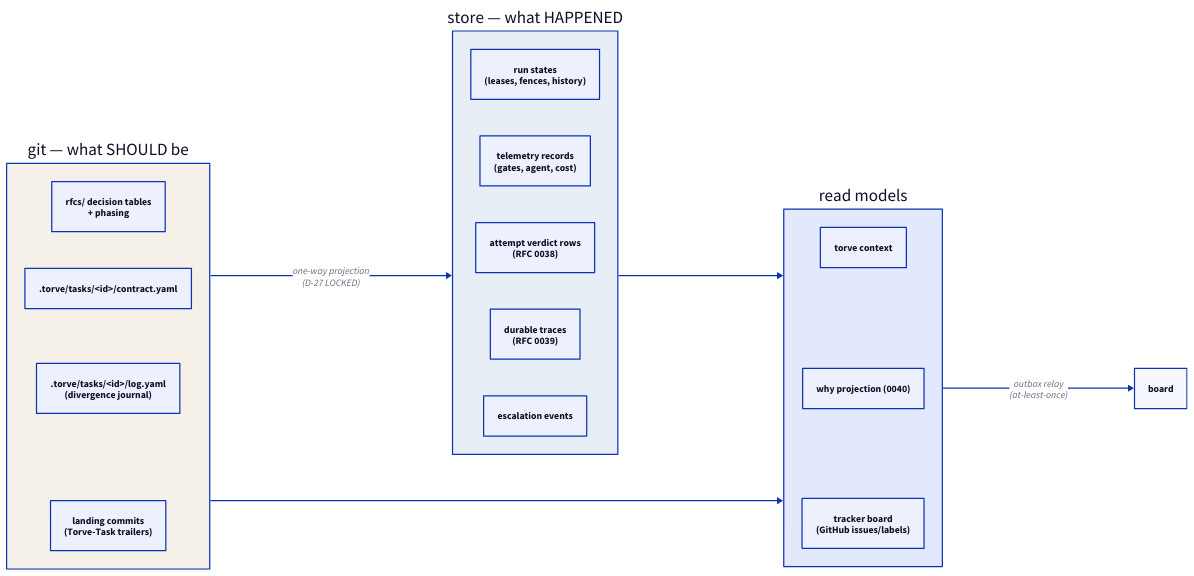
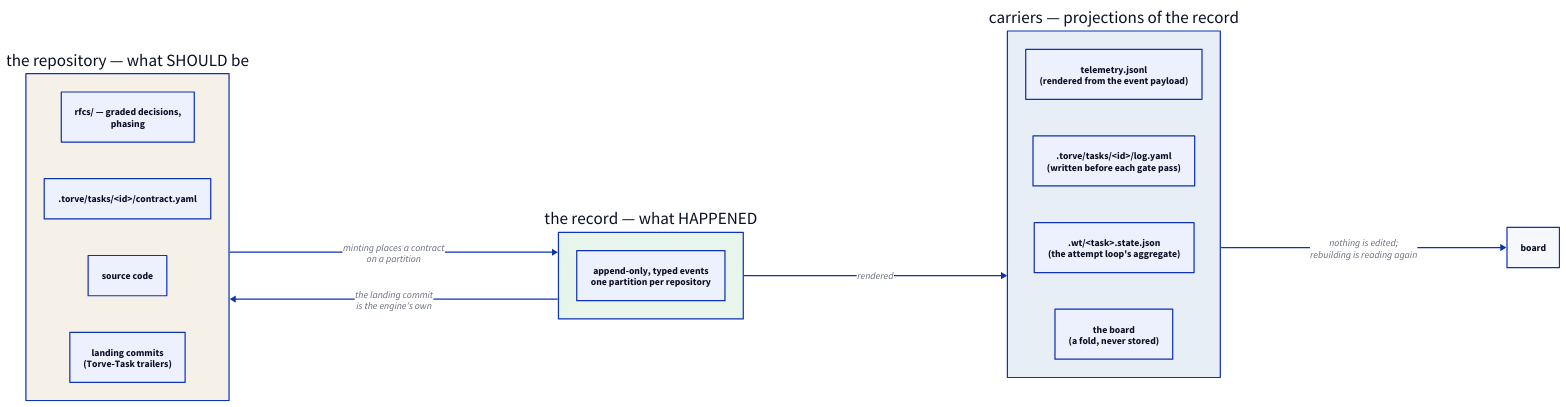
One commit to morzecrew/torve changed the diagram in pages/diagrams/state.d2. Above: the diagram before and after it, drawn with D2. The commit also changed 16 other files, not shown here.

```diff
--- a/pages/diagrams/state.d2
+++ b/pages/diagrams/state.d2
@@ -1,29 +1,27 @@
 direction: right
 
-git: "git — what SHOULD be" {
+repo: "the repository — what SHOULD be" {
   style.fill: "#f5f0e8"
-  rfcs: "rfcs/ decision tables\n+ phasing"
+  rfcs: "rfcs/ — graded decisions,\nphasing"
   contracts: ".torve/tasks/<id>/contract.yaml"
-  logs: ".torve/tasks/<id>/log.yaml\n(divergence journal)"
+  source: "source code"
   landings: "landing commits\n(Torve-Task trailers)"
 }
 
-store: "store — what HAPPENED" {
-  style.fill: "#e8eef5"
-  runs: "run states\n(leases, fences, history)"
-  telemetry: "telemetry records\n(gates, agent, cost)"
-  verdicts: "attempt verdict rows\n(RFC 0038)"
-  traces: "durable traces\n(RFC 0039)"
-  events: "escalation events"
+record: "the record — what HAPPENED" {
+  style.fill: "#e8f5ea"
+  events: "append-only, typed events\none partition per repository"
 }
 
-projections: "read models" {
-  context: "torve context"
-  why: "why projection (0040)"
-  board: "tracker board\n(GitHub issues/labels)"
+carriers: "carriers — projections of the record" {
+  style.fill: "#e8eef5"
+  telemetry: "telemetry.jsonl\n(rendered from the event payload)"
+  log: ".torve/tasks/<id>/log.yaml\n(written before each gate pass)"
+  state: ".wt/<task>.state.json\n(the attempt loop's aggregate)"
+  board: "the board\n(a fold, never stored)"
 }
 
-git -> store: "one-way projection\n(D-27 LOCKED)"
-store -> projections
-git -> projections
-projections -> board: "outbox relay\n(at-least-once)"
+repo -> record: "minting places a contract\non a partition"
+record -> carriers: "rendered"
+record -> repo: "the landing commit\nis the engine's own"
+carriers -> board: "nothing is edited;\nrebuilding is reading again"
```
